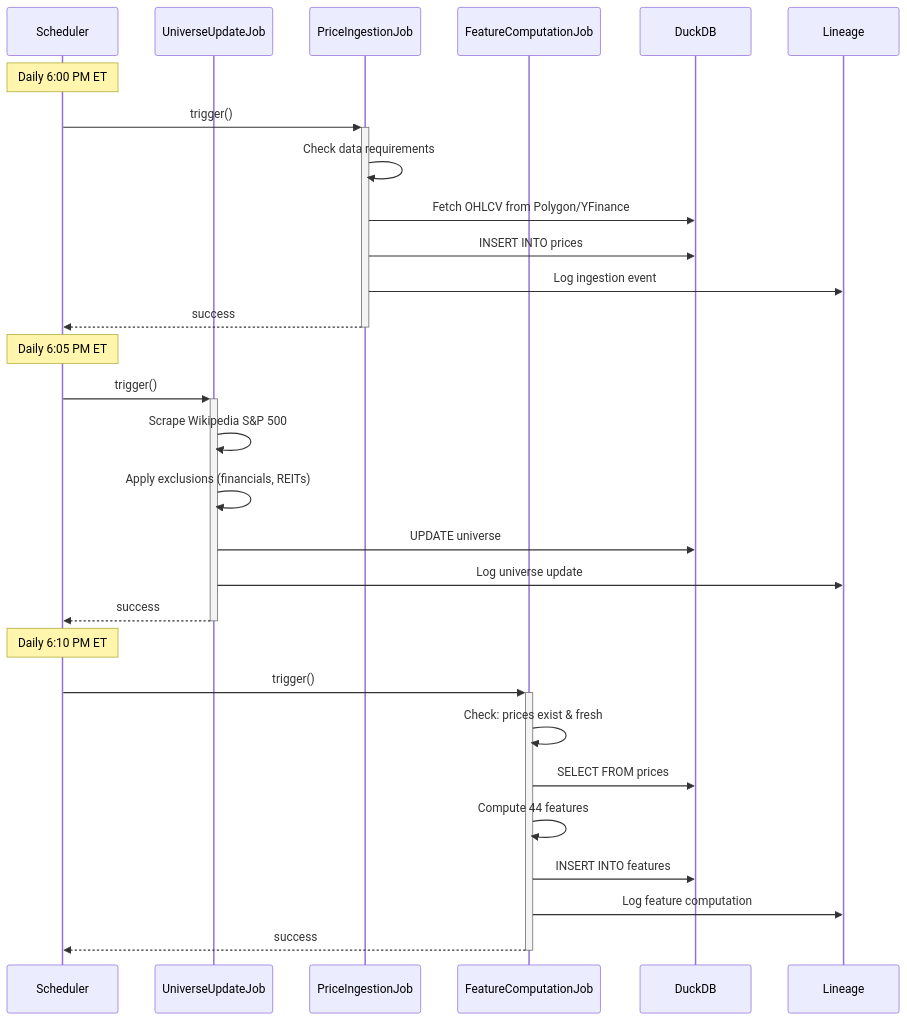
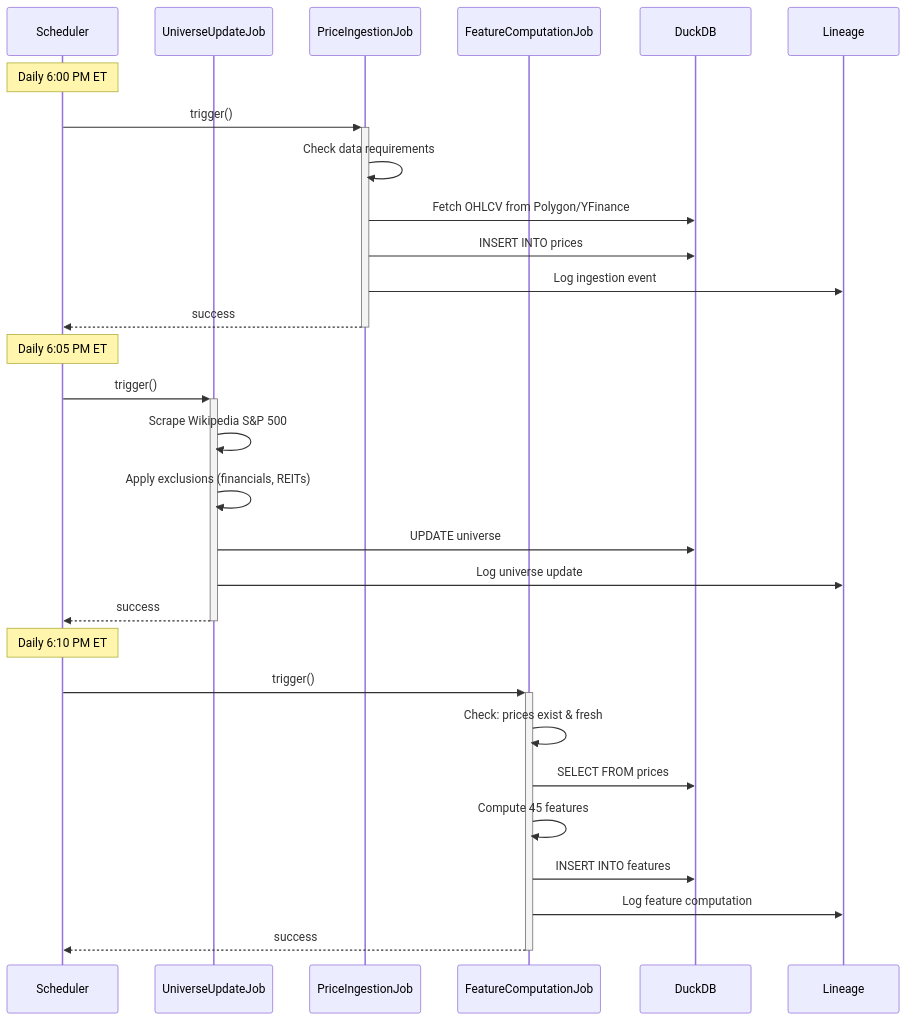
The third of 4 diagrams in docs/architecture/data-pipeline-diagram.md (fmag79/HRP), drawn with Mermaid before and after one commit. The commit also changed other lines of this file and 9 other files, not shown here.

````diff
--- a/docs/architecture/data-pipeline-diagram.md
+++ b/docs/architecture/data-pipeline-diagram.md
@@ -165,37 +165,37 @@
 ```mermaid
 sequenceDiagram
     participant SCHED as Scheduler
     participant UU as UniverseUpdateJob
     participant PI as PriceIngestionJob
     participant FC as FeatureComputationJob
     participant DB as DuckDB
     participant LIN as Lineage
 
     Note over SCHED: Daily 6:00 PM ET
 
     SCHED->>+PI: trigger()
     PI->>PI: Check data requirements
     PI->>DB: Fetch OHLCV from Polygon/YFinance
     PI->>DB: INSERT INTO prices
     PI->>LIN: Log ingestion event
     PI-->>-SCHED: success
 
     Note over SCHED: Daily 6:05 PM ET
 
     SCHED->>+UU: trigger()
     UU->>UU: Scrape Wikipedia S&P 500
     UU->>UU: Apply exclusions (financials, REITs)
     UU->>DB: UPDATE universe
     UU->>LIN: Log universe update
     UU-->>-SCHED: success
 
     Note over SCHED: Daily 6:10 PM ET
 
     SCHED->>+FC: trigger()
     FC->>FC: Check: prices exist & fresh
     FC->>DB: SELECT FROM prices
-    FC->>FC: Compute 44 features
+    FC->>FC: Compute 45 features
     FC->>DB: INSERT INTO features
     FC->>LIN: Log feature computation
     FC-->>-SCHED: success
 ```
````
